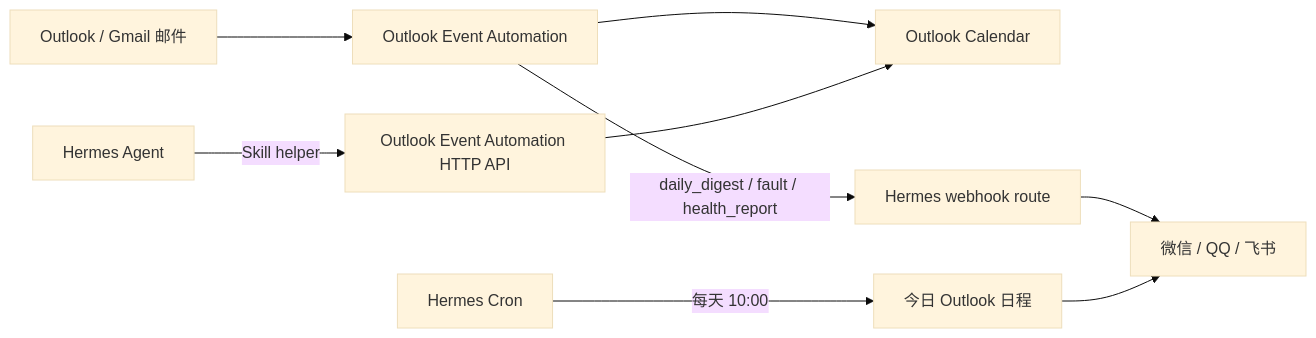
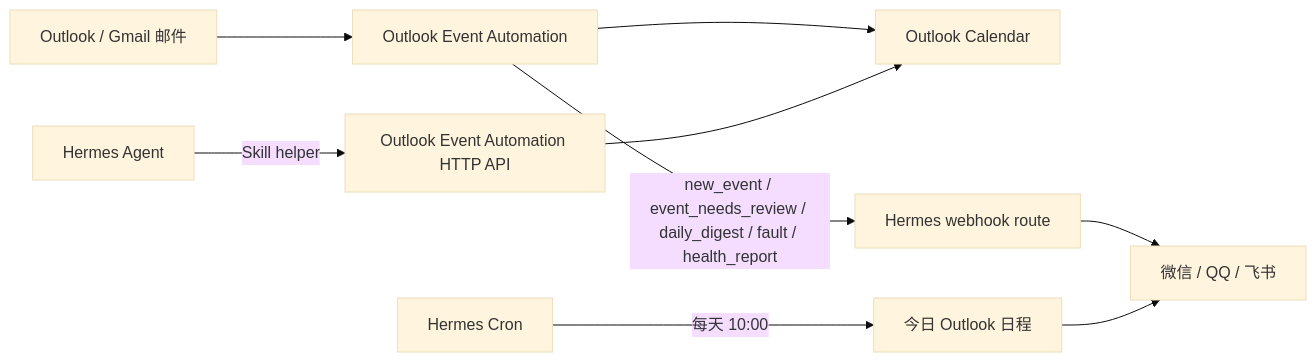
One commit to whitesweater/outlook-event-automation changed the diagram in outlook_event_automation/integrations/hermes.md. Above: the diagram before and after it, drawn with Mermaid (base theme). The commit also changed other lines of this file and 4 other files, not shown here.

````diff
--- a/outlook_event_automation/integrations/hermes.md
+++ b/outlook_event_automation/integrations/hermes.md
@@ -14,11 +14,11 @@
 ```mermaid
 flowchart LR
   A["Outlook / Gmail 邮件"] --> B["Outlook Event Automation"]
   B --> C["Outlook Calendar"]
-  B -->|"daily_digest / fault / health_report"| D["Hermes webhook route"]
+  B -->|"new_event / event_needs_review / daily_digest / fault / health_report"| D["Hermes webhook route"]
   D --> E["微信 / QQ / 飞书"]
   F["Hermes Agent"] -->|"Skill helper"| G["Outlook Event Automation HTTP API"]
   G --> C
   H["Hermes Cron"] -->|"每天 10:00"| I["今日 Outlook 日程"]
   I --> E
 ```
````
